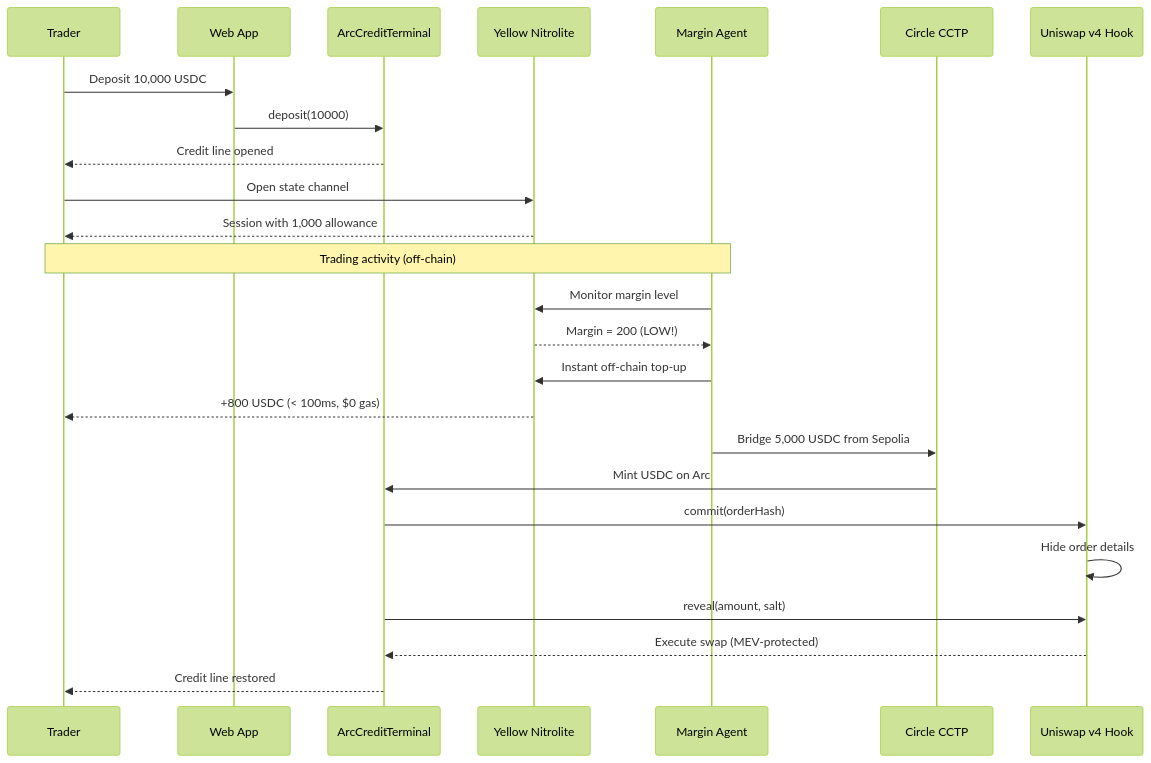
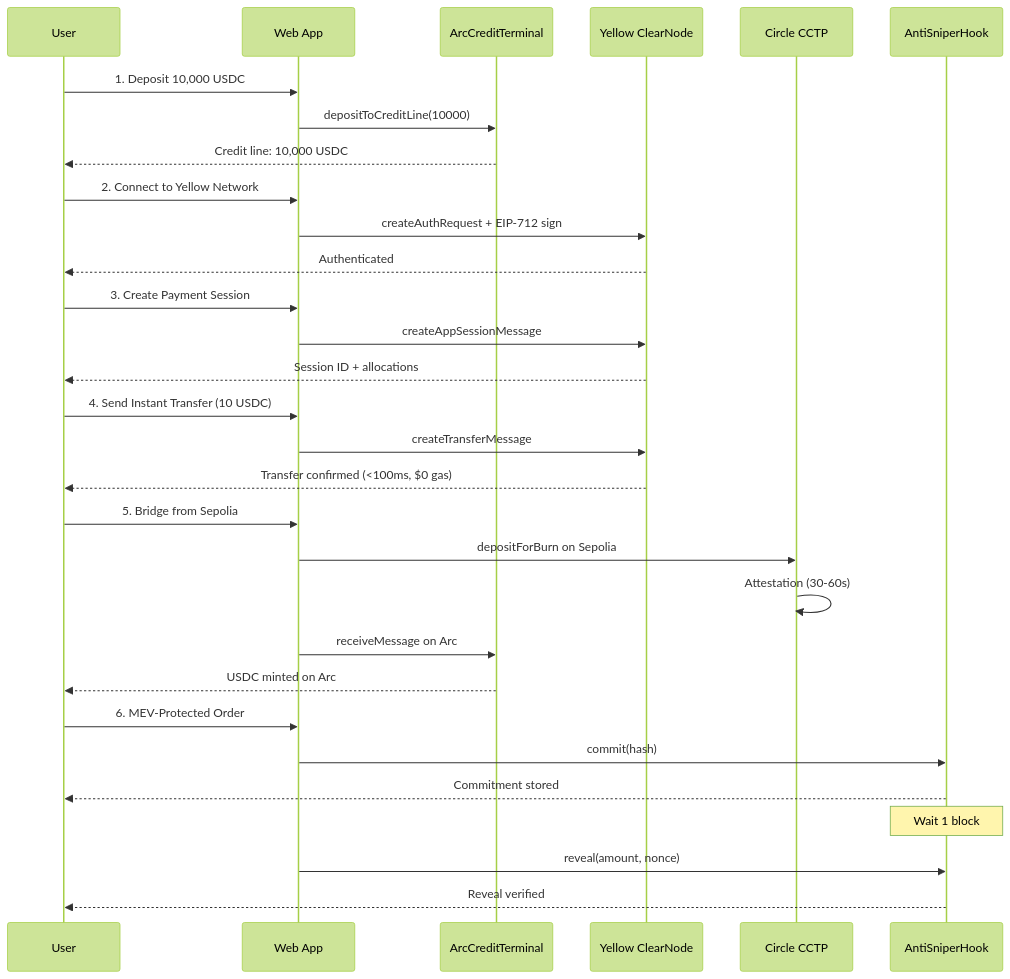
One commit to N-45div/HackMoney2026 changed the third of 7 diagrams in README.md. Above: the diagram before and after it, drawn with Mermaid (forest theme). The commit also changed other lines of this file, not shown here.

Commit message:
docs: update README with accurate feature list and judge-friendly setup
- Add 'What Actually Works' section with testable features
- Update transaction flow to reflect real implementation
- Rewrite Quick Start for judges with clear setup steps
- Add network configuration and token faucet links
- Remove backend agent from quick start (optional component)

````diff
--- a/README.md
+++ b/README.md
@@ -81,35 +81,36 @@
 ```mermaid
 sequenceDiagram
-    participant Trader
+    participant User
     participant UI as Web App
     participant ACT as ArcCreditTerminal
-    participant YN as Yellow Nitrolite
-    participant Agent as Margin Agent
+    participant YN as Yellow ClearNode
     participant CCTP as Circle CCTP
-    participant Hook as Uniswap v4 Hook
+    participant Hook as AntiSniperHook
 
-    Trader->>UI: Deposit 10,000 USDC
-    UI->>ACT: deposit(10000)
-    ACT-->>Trader: Credit line opened
+    User->>UI: 1. Deposit 10,000 USDC
+    UI->>ACT: depositToCreditLine(10000)
+    ACT-->>User: Credit line: 10,000 USDC
     
-    Trader->>YN: Open state channel
-    YN-->>Trader: Session with 1,000 allowance
+    User->>UI: 2. Connect to Yellow Network
+    UI->>YN: createAuthRequest + EIP-712 sign
+    YN-->>User: Authenticated 
+    User->>UI: 3. Create Payment Session
+    UI->>YN: createAppSessionMessage
+    YN-->>User: Session ID + allocations
     
-    Note over Trader,Agent: Trading activity (off-chain)
+    User->>UI: 4. Send Instant Transfer (10 USDC)
+    UI->>YN: createTransferMessage
+    YN-->>User: Transfer confirmed (<100ms, $0 gas)
     
-    Agent->>YN: Monitor margin level
-    YN-->>Agent: Margin = 200 (LOW!)
-    
-    Agent->>YN: Instant off-chain top-up
-    YN-->>Trader: +800 USDC (< 100ms, $0 gas)
-    
-    Agent->>CCTP: Bridge 5,000 USDC from Sepolia
-    CCTP->>ACT: Mint USDC on Arc
-    
-    ACT->>Hook: commit(orderHash)
-    Hook->>Hook: Hide order details
-    ACT->>Hook: reveal(amount, salt)
-    Hook-->>ACT: Execute swap (MEV-protected)
-    
-    ACT-->>Trader: Credit line restored
+    User->>UI: 5. Bridge from Sepolia
+    UI->>CCTP: depositForBurn on Sepolia
+    CCTP->>CCTP: Attestation (30-60s)
+    UI->>ACT: receiveMessage on Arc
+    ACT-->>User: USDC minted on Arc 
+    User->>UI: 6. MEV-Protected Order
+    UI->>Hook: commit(hash)
+    Hook-->>User: Commitment stored
+    Note over Hook: Wait 1 block
+    UI->>Hook: reveal(amount, nonce)
+    Hook-->>User: Reveal verified 
 ```
````
